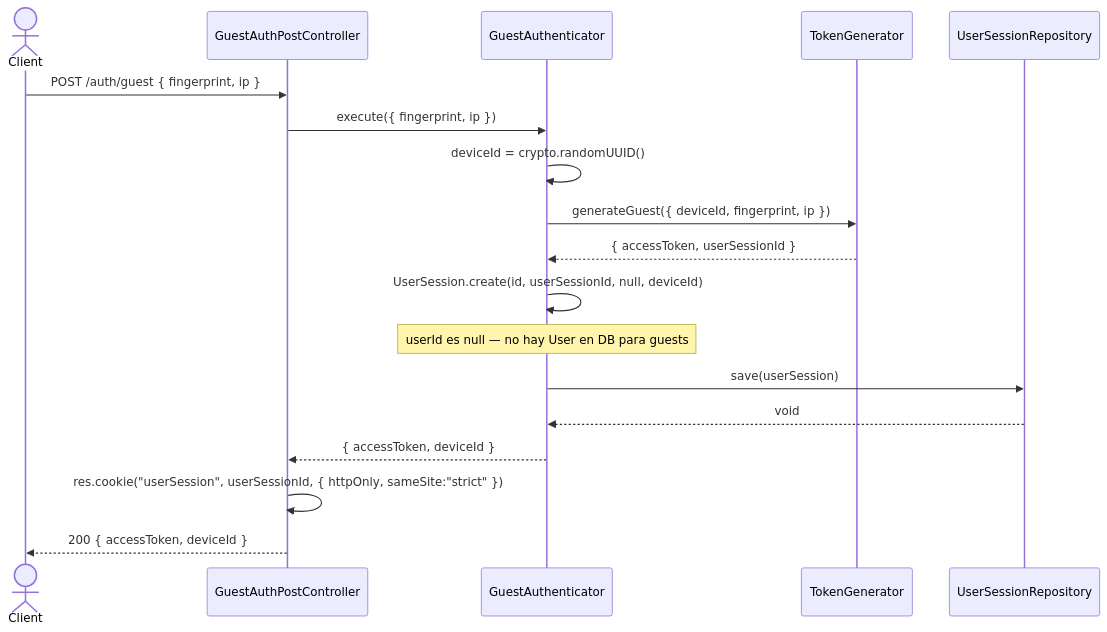
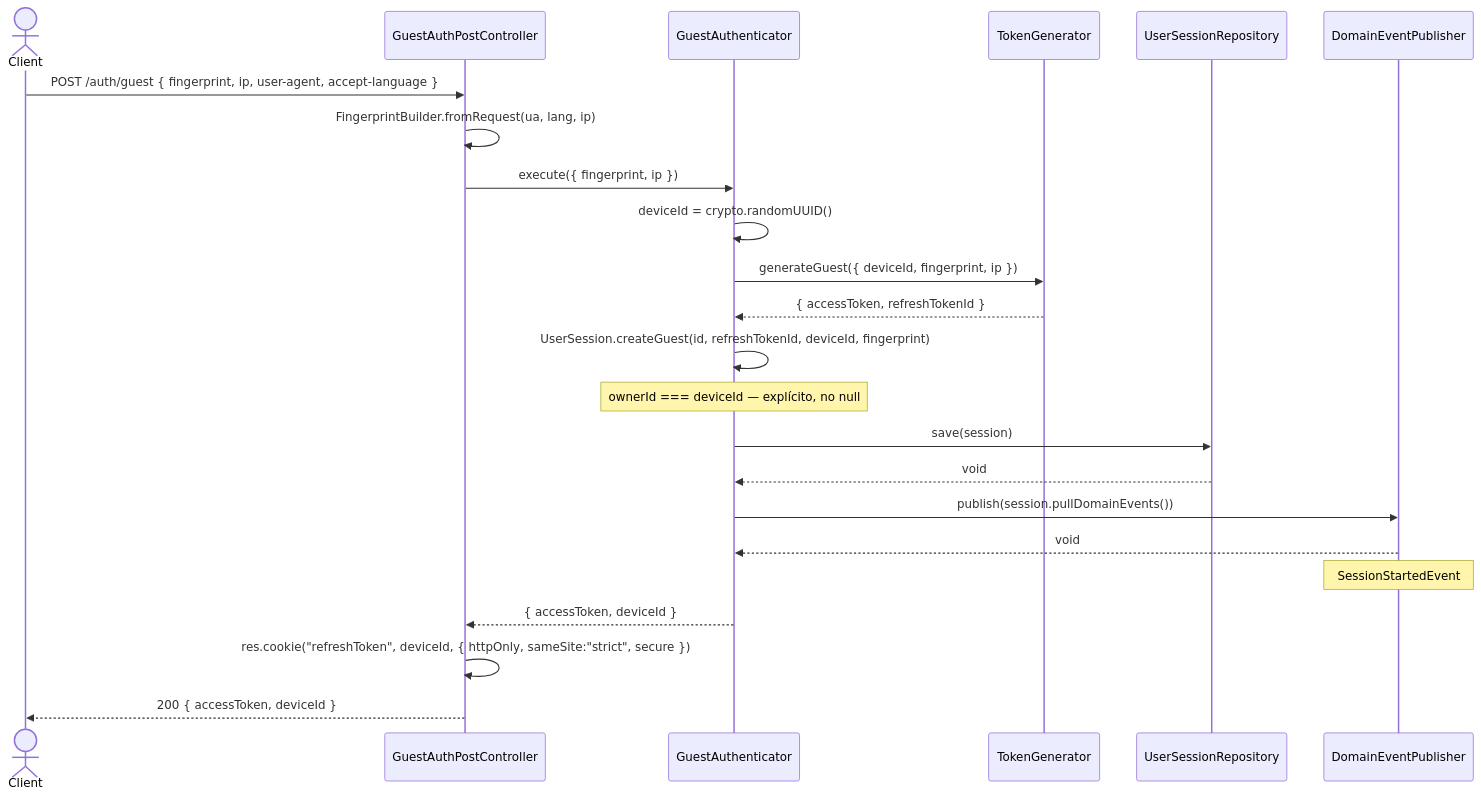
The diagram in docs/apps/api/identity/guest/sequence.md (AbrahamVilchesDeLaCruz/ididntcatchthat), drawn with Mermaid before and after one commit. The commit also changed 17 other files, not shown here.

````diff
--- a/docs/apps/api/identity/guest/sequence.md
+++ b/docs/apps/api/identity/guest/sequence.md
@@ -5,27 +5,33 @@
 ```mermaid
 sequenceDiagram
     actor Client
     participant C as GuestAuthPostController
     participant UC as GuestAuthenticator
     participant TS as TokenGenerator
     participant RTREPO as UserSessionRepository
+    participant EP as DomainEventPublisher
 
-    Client->>C: POST /auth/guest { fingerprint, ip }
+    Client->>C: POST /auth/guest { fingerprint, ip, user-agent, accept-language }
+    C->>C: FingerprintBuilder.fromRequest(ua, lang, ip)
     C->>UC: execute({ fingerprint, ip })
 
     UC->>UC: deviceId = crypto.randomUUID()
 
     UC->>TS: generateGuest({ deviceId, fingerprint, ip })
-    TS-->>UC: { accessToken, userSessionId }
+    TS-->>UC: { accessToken, refreshTokenId }
 
-    UC->>UC: UserSession.create(id, userSessionId, null, deviceId)
-    Note over UC: userId es null — no hay User en DB para guests
+    UC->>UC: UserSession.createGuest(id, refreshTokenId, deviceId, fingerprint)
+    Note over UC: ownerId === deviceId — explícito, no null
 
-    UC->>RTREPO: save(userSession)
+    UC->>RTREPO: save(session)
     RTREPO-->>UC: void
+
+    UC->>EP: publish(session.pullDomainEvents())
+    EP-->>UC: void
+    Note over EP: SessionStartedEvent
 
     UC-->>C: { accessToken, deviceId }
 
-    C->>C: res.cookie("userSession", userSessionId, { httpOnly, sameSite:"strict" })
+    C->>C: res.cookie("refreshToken", deviceId, { httpOnly, sameSite:"strict", secure })
     C-->>Client: 200 { accessToken, deviceId }
 ```
````
